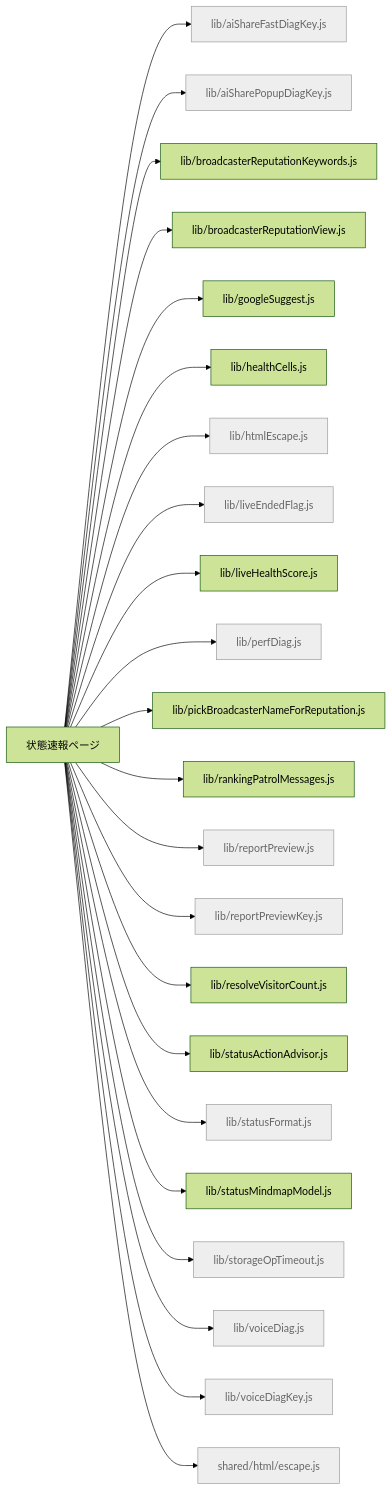
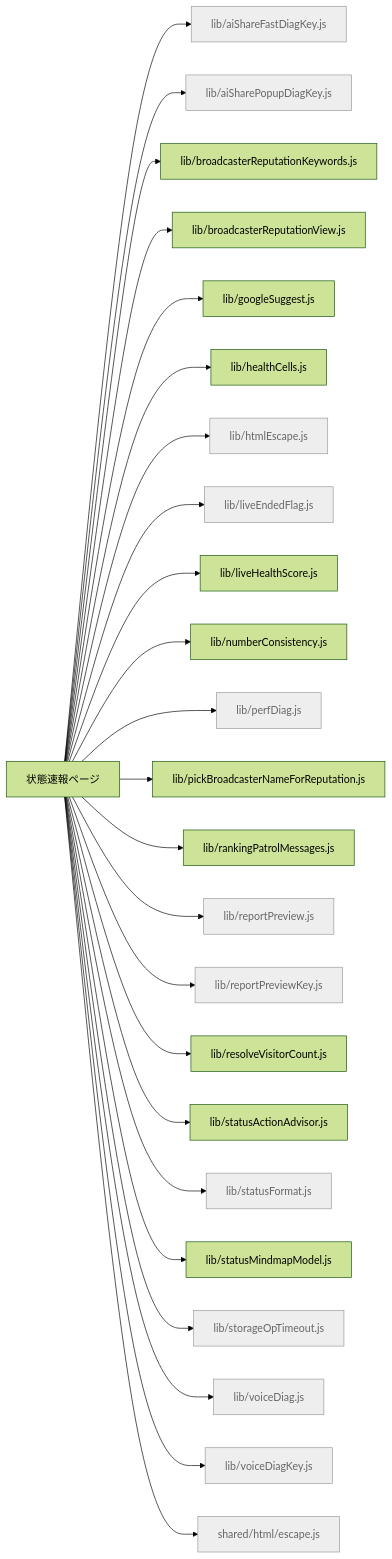
The diagram in docs/feature-map/status.md (kimito-link/tsuioku-no-kirameki.com), drawn with Mermaid (forest theme) before and after one commit. The commit also changed 21 other files, not shown here.

````diff
--- a/docs/feature-map/status.md
+++ b/docs/feature-map/status.md
@@ -13,27 +13,28 @@
 ```mermaid
 graph LR
   n_status["状態速報ページ"]
   n_status --> n_src_lib_aiShareFastDiagKey_js["lib/aiShareFastDiagKey.js"]:::shared
   n_status --> n_src_lib_aiSharePopupDiagKey_js["lib/aiSharePopupDiagKey.js"]:::shared
   n_status --> n_src_lib_broadcasterReputationKeywords_js["lib/broadcasterReputationKeywords.js"]
   n_status --> n_src_lib_broadcasterReputationView_js["lib/broadcasterReputationView.js"]
   n_status --> n_src_lib_googleSuggest_js["lib/googleSuggest.js"]
   n_status --> n_src_lib_healthCells_js["lib/healthCells.js"]
   n_status --> n_src_lib_htmlEscape_js["lib/htmlEscape.js"]:::shared
   n_status --> n_src_lib_liveEndedFlag_js["lib/liveEndedFlag.js"]:::shared
   n_status --> n_src_lib_liveHealthScore_js["lib/liveHealthScore.js"]
+  n_status --> n_src_lib_numberConsistency_js["lib/numberConsistency.js"]
   n_status --> n_src_lib_perfDiag_js["lib/perfDiag.js"]:::shared
   n_status --> n_src_lib_pickBroadcasterNameForReputation_js["lib/pickBroadcasterNameForReputation.js"]
   n_status --> n_src_lib_rankingPatrolMessages_js["lib/rankingPatrolMessages.js"]
   n_status --> n_src_lib_reportPreview_js["lib/reportPreview.js"]:::shared
   n_status --> n_src_lib_reportPreviewKey_js["lib/reportPreviewKey.js"]:::shared
   n_status --> n_src_lib_resolveVisitorCount_js["lib/resolveVisitorCount.js"]
   n_status --> n_src_lib_statusActionAdvisor_js["lib/statusActionAdvisor.js"]
   n_status --> n_src_lib_statusFormat_js["lib/statusFormat.js"]:::shared
   n_status --> n_src_lib_statusMindmapModel_js["lib/statusMindmapModel.js"]
   n_status --> n_src_lib_storageOpTimeout_js["lib/storageOpTimeout.js"]:::shared
   n_status --> n_src_lib_voiceDiag_js["lib/voiceDiag.js"]:::shared
   n_status --> n_src_lib_voiceDiagKey_js["lib/voiceDiagKey.js"]:::shared
   n_status --> n_src_shared_html_escape_js["shared/html/escape.js"]:::shared
   classDef shared fill:#eee,stroke:#999,color:#666;
 ```
````
